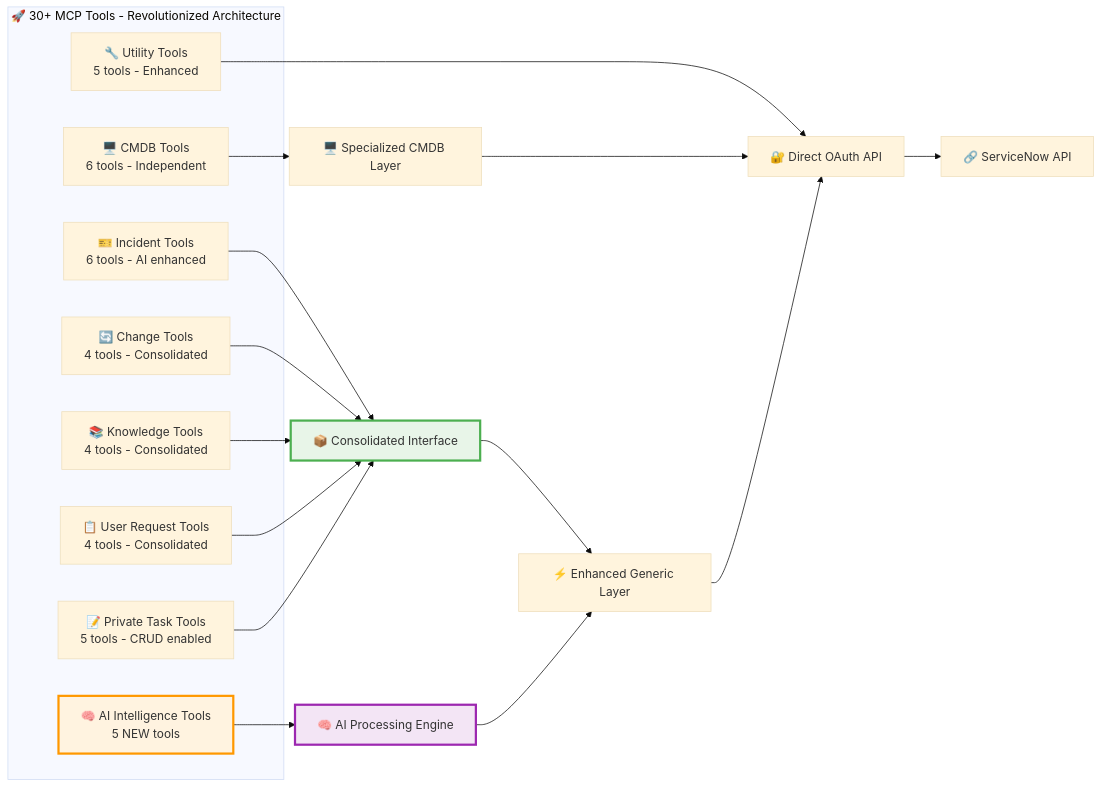
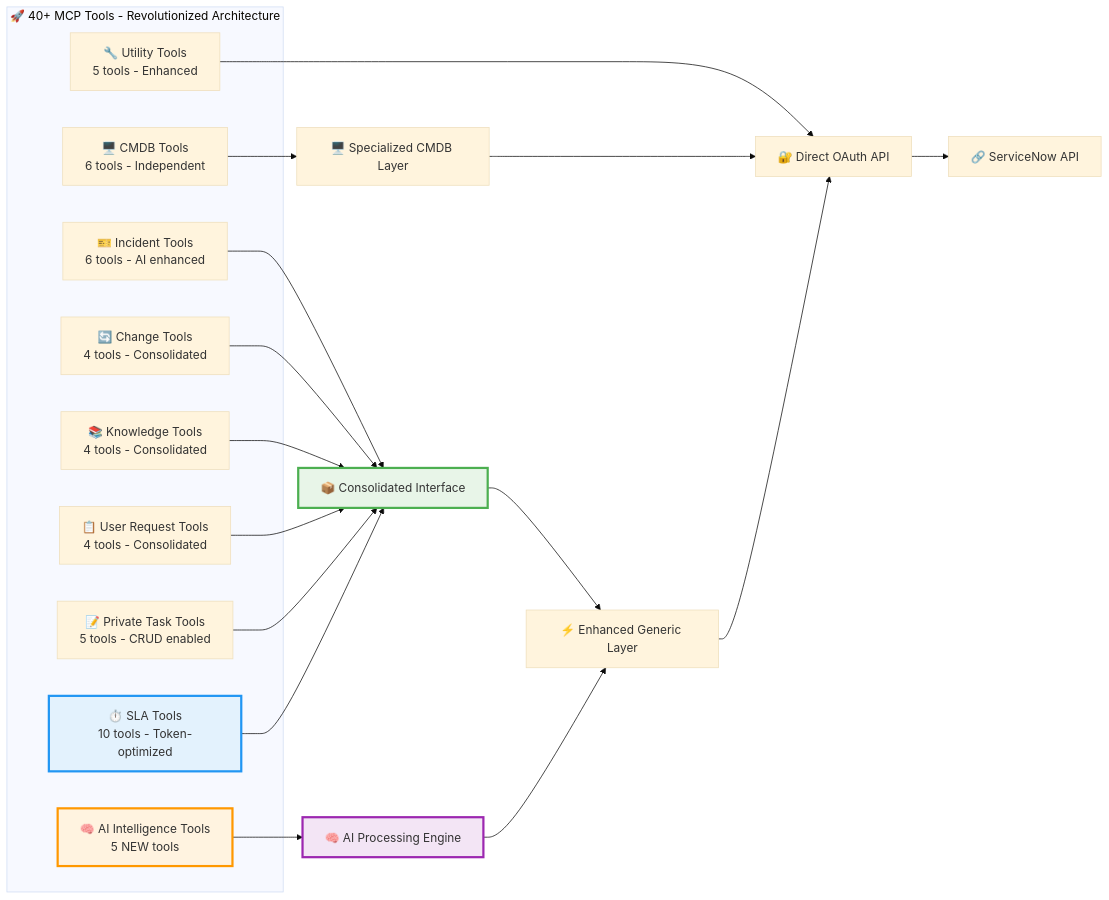
The second of 3 diagrams in Diagrams & Documentation/03-tool-organization.md (Papamzor/personal-mcp-servicenow), drawn with Mermaid (base theme) before and after one commit. The commit also changed other lines of this file and 7 other files, not shown here.

Commit message:
Introduced SLA flows. Created architecture diagram for SLA. Testingprompts updated for SLA.

````diff
--- a/Diagrams & Documentation/03-tool-organization.md
+++ b/Diagrams & Documentation/03-tool-organization.md
@@ -43,32 +43,35 @@
 ```mermaid
 graph LR
-    subgraph "🚀 30+ MCP Tools - Revolutionized Architecture"
+    subgraph "🚀 40+ MCP Tools - Revolutionized Architecture"
         A[🎫 Incident Tools<br/>6 tools - AI enhanced]
         B[🔄 Change Tools<br/>4 tools - Consolidated]
         C[📚 Knowledge Tools<br/>4 tools - Consolidated]
         D[🖥️ CMDB Tools<br/>6 tools - Independent]
         E[📋 User Request Tools<br/>4 tools - Consolidated]
         F[📝 Private Task Tools<br/>5 tools - CRUD enabled]
-        G[🔧 Utility Tools<br/>5 tools - Enhanced]
-        H[🧠 AI Intelligence Tools<br/>5 NEW tools]
+        G[⏱️ SLA Tools<br/>10 tools - Token-optimized]
+        H[🔧 Utility Tools<br/>5 tools - Enhanced]
+        I[🧠 AI Intelligence Tools<br/>5 NEW tools]
     end
 
-    A --> I[📦 Consolidated Interface]
-    B --> I
-    C --> I
-    E --> I
-    F --> I
-    D --> J[🖥️ Specialized CMDB Layer]
-    G --> K[🔐 Direct OAuth API]
-    H --> L[🧠 AI Processing Engine]
+    A --> J[📦 Consolidated Interface]
+    B --> J
+    C --> J
+    E --> J
+    F --> J
+    G --> J
+    D --> K[🖥️ Specialized CMDB Layer]
+    H --> L[🔐 Direct OAuth API]
+    I --> M[🧠 AI Processing Engine]
 
-    I --> M[⚡ Enhanced Generic Layer]
-    J --> K
-    L --> M
-    M --> K
-    K --> N[🔗 ServiceNow API]
+    J --> N[⚡ Enhanced Generic Layer]
+    K --> L
+    M --> N
+    N --> L
+    L --> O[🔗 ServiceNow API]
 
-    style I fill:#e8f5e8,stroke:#4caf50,stroke-width:3px
-    style L fill:#f3e5f5,stroke:#9c27b0,stroke-width:3px
-    style H fill:#fff3e0,stroke:#ff9800,stroke-width:3px
+    style J fill:#e8f5e8,stroke:#4caf50,stroke-width:3px
+    style M fill:#f3e5f5,stroke:#9c27b0,stroke-width:3px
+    style I fill:#fff3e0,stroke:#ff9800,stroke-width:3px
+    style G fill:#e3f2fd,stroke:#2196f3,stroke-width:3px
 ```
````
